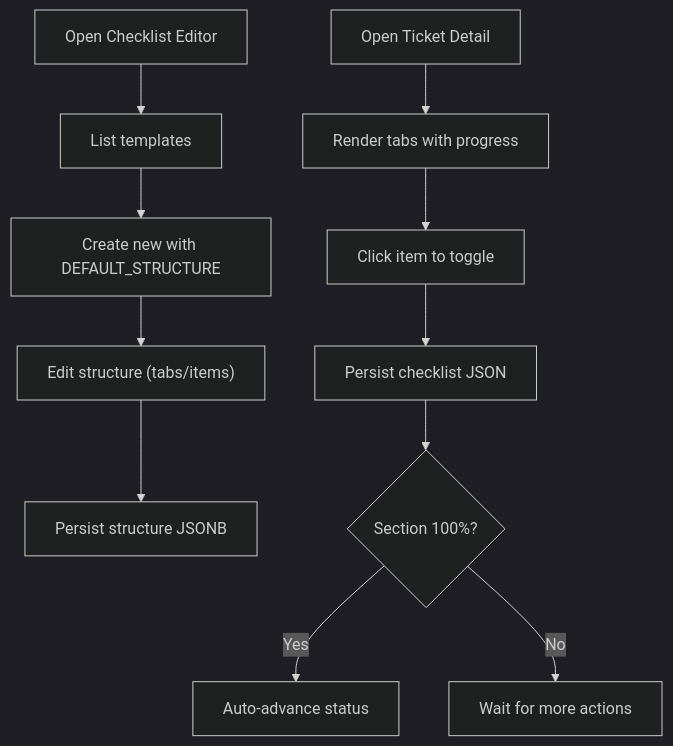
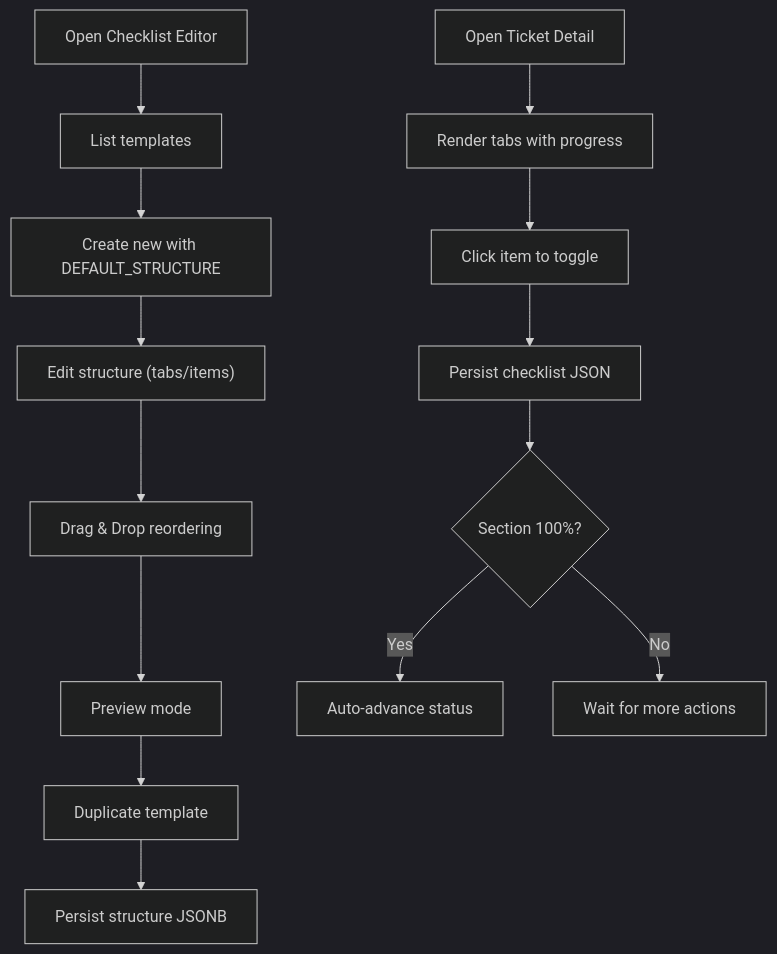
The ninth of 10 diagrams in .qoder/repowiki/en/content/Ticket Management System/Checklist System.md (gastaldellomarco/pcReady), drawn with Mermaid (dark theme) before and after one commit. The commit also changed other lines of this file and 15 other files, not shown here.

````diff
--- a/.qoder/repowiki/en/content/Ticket Management System/Checklist System.md
+++ b/.qoder/repowiki/en/content/Ticket Management System/Checklist System.md
@@ -334,13 +407,16 @@
 ```mermaid
 flowchart TD
 OpenEditor["Open Checklist Editor"] --> ListTemplates["List templates"]
 ListTemplates --> Create["Create new with DEFAULT_STRUCTURE"]
 Create --> Edit["Edit structure (tabs/items)"]
-Edit --> Save["Persist structure JSONB"]
+Edit --> DragDrop["Drag & Drop reordering"]
+DragDrop --> Preview["Preview mode"]
+Preview --> Duplicate["Duplicate template"]
+Duplicate --> Save["Persist structure JSONB"]
 OpenTicket["Open Ticket Detail"] --> RenderTabs["Render tabs with progress"]
 RenderTabs --> ClickItem["Click item to toggle"]
 ClickItem --> Persist["Persist checklist JSON"]
 Persist --> CheckSection{"Section 100%?"}
 CheckSection --> |Yes| AutoAdvance["Auto-advance status"]
 CheckSection --> |No| Wait["Wait for more actions"]
 ```
````
